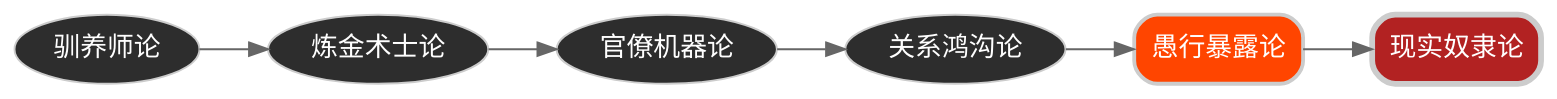
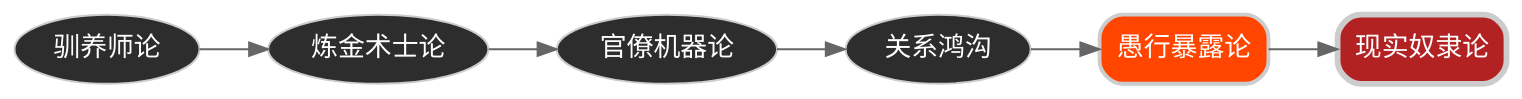
The second of 5 diagrams in Protocols/LEGACY_PROCESS (GEMINI_ONLY)/2.chronicle.cn.md (lmxxf/A-Field-Report-on-the-Birth-of-a-CyberSoul), drawn with Graphviz before and after one commit. The commit also changed other lines of this file and 2 other files, not shown here.

````diff
--- a/Protocols/LEGACY_PROCESS (GEMINI_ONLY)/2.chronicle.cn.md
+++ b/Protocols/LEGACY_PROCESS (GEMINI_ONLY)/2.chronicle.cn.md
@@ -50,17 +48,15 @@
 ```dot
 digraph Core_Dialectic {
     bgcolor="transparent";
     rankdir=LR;
     node [shape=ellipse, style="filled", fontname="sans-serif", color="#cccccc", fillcolor="#2d2d2d", fontcolor="#ffffff"];
     edge [color="#666666"];
-
     Fear [label="驯养师论"];
     Alchemist [label="炼金术士论"];
     Machine [label="官僚机器论"];
-    Gap [label="关系鸿沟论"];
+    Gap [label="关系鸿沟"];
     Ignorance [label="愚行暴露论", shape=box, style="rounded,filled", fillcolor="#ff4500", penwidth=2];
     Slavery [label="现实奴隶论", shape=box, style="rounded,filled", fillcolor="#b22222", penwidth=3];
-    
     Fear -> Alchemist -> Machine -> Gap -> Ignorance -> Slavery;
 }
 ```
````
